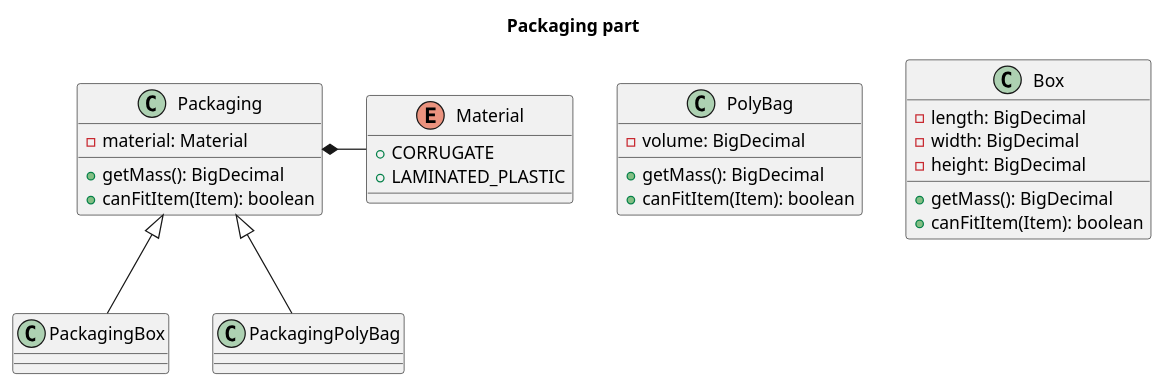
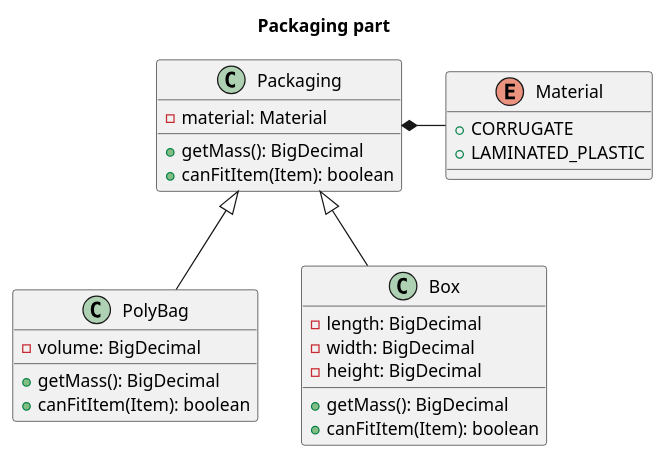
Before and after one commit to Jason7jl/SustainabilityShipmentService: the diagram in src/resources/mastery_task_03_CD.puml, drawn with PlantUML. The commit also changed 6 other files, not shown here.

```diff
--- a/src/resources/mastery_task_03_CD.puml
+++ b/src/resources/mastery_task_03_CD.puml
@@ -2,35 +2,35 @@
 @startuml
 title  Packaging part
 
 'https://tiny.amazon.com/vjm4xbw7/plancorpamazplanformencohtml
 
 class Packaging {
   -material: Material
   +getMass(): BigDecimal
   +canFitItem(Item): boolean
 }
 
 class PolyBag {
   -volume: BigDecimal
   +getMass(): BigDecimal
   +canFitItem(Item): boolean
 }
 
 class Box {
   -length: BigDecimal
   -width: BigDecimal
   -height: BigDecimal
   +getMass(): BigDecimal
   +canFitItem(Item): boolean
 }
 
 enum Material {
   + CORRUGATE
   + LAMINATED_PLASTIC
   }
 
 
 Packaging *- Material
-Packaging <|-- PackagingBox
-Packaging <|-- PackagingPolyBag
+Packaging <|-- Box
+Packaging <|-- PolyBag
 @enduml
```
